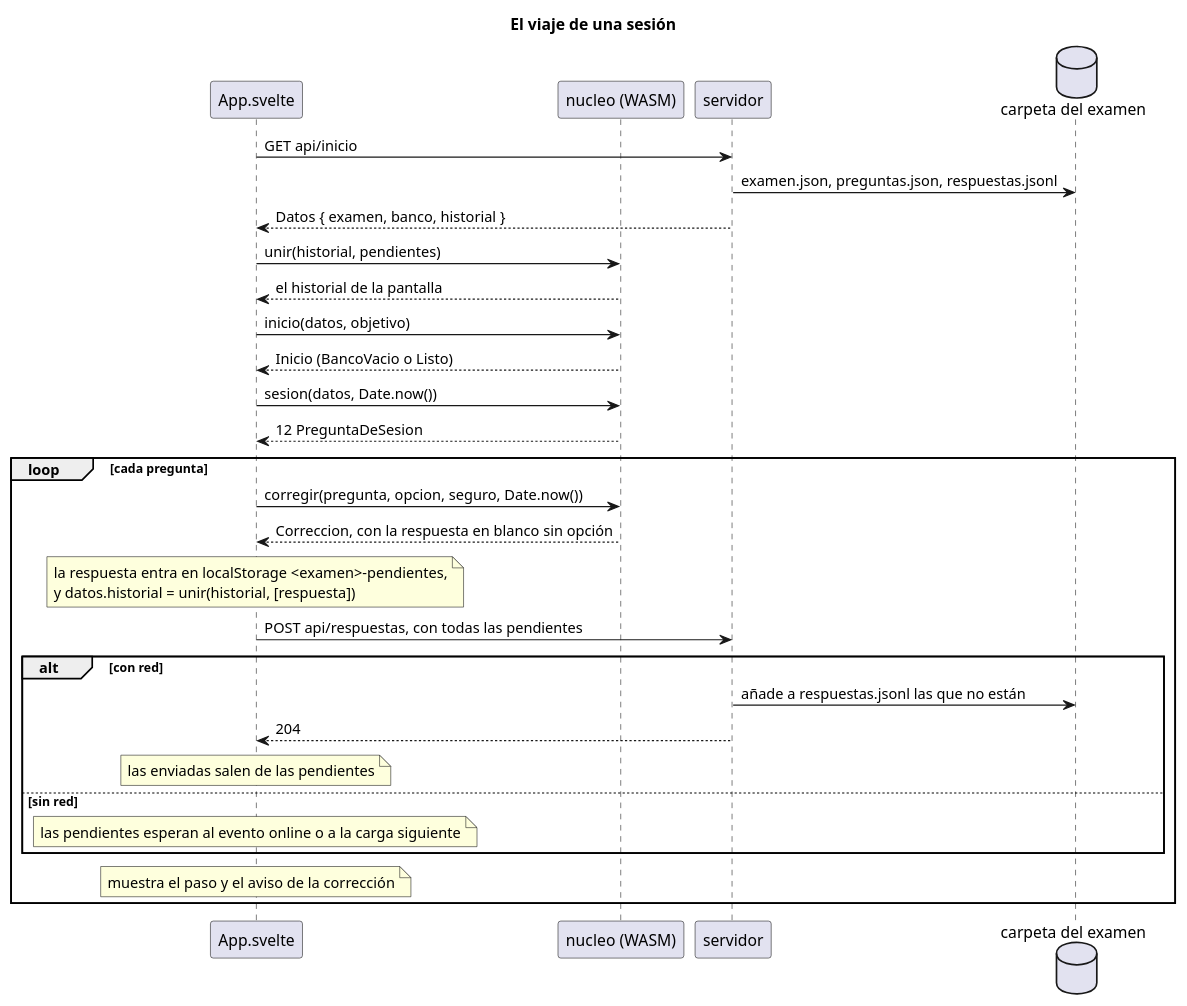
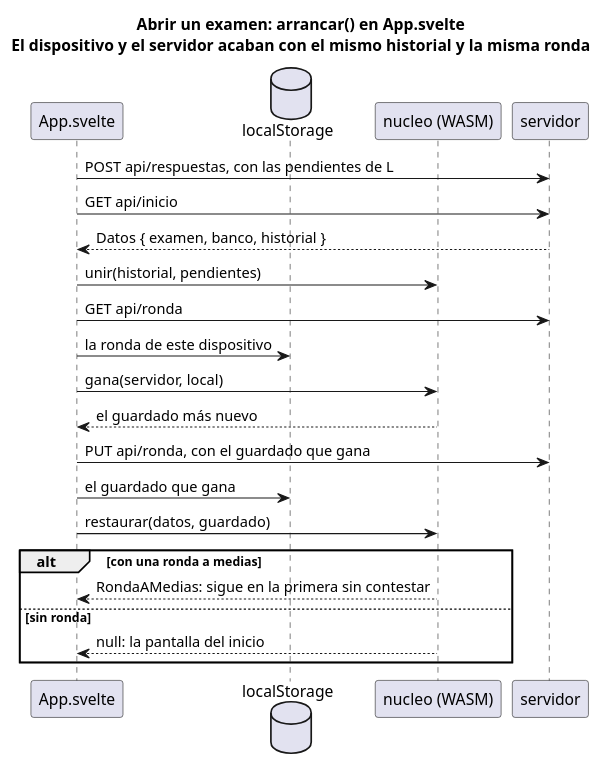
The seventh of 8 diagrams in docs/el-diagrama.puml (jfdg01/examenes), drawn with PlantUML before and after one commit. The commit also changed other lines of this file, not shown here.

First line of the commit message:
chore: el diagrama sigue el modelo C4

```diff
--- a/docs/el-diagrama.puml
+++ b/docs/el-diagrama.puml
@@ -455,35 +200,26 @@
-@startuml el-viaje-de-una-sesion
+@startuml abrir-un-examen
 skinparam shadowing false
-title El viaje de una sesión
+title Abrir un examen: arrancar() en App.svelte\nEl dispositivo y el servidor acaban con el mismo historial y la misma ronda
 
 participant "App.svelte" as App
+database localStorage as L
 participant "nucleo (WASM)" as N
 participant servidor as S
-database "carpeta del examen" as C
 
+App -> S : POST api/respuestas, con las pendientes de L
 App -> S : GET api/inicio
-S -> C : examen.json, preguntas.json, respuestas.jsonl
 S --> App : Datos { examen, banco, historial }
 App -> N : unir(historial, pendientes)
-N --> App : el historial de la pantalla
-App -> N : inicio(datos, objetivo)
-N --> App : Inicio (BancoVacio o Listo)
-
-App -> N : sesion(datos, Date.now())
-N --> App : 12 PreguntaDeSesion
-
-loop cada pregunta
-  App -> N : corregir(pregunta, opcion, seguro, Date.now())
-  N --> App : Correccion, con la respuesta en blanco sin opción
-  note over App : la respuesta entra en localStorage <examen>-pendientes,\ny datos.historial = unir(historial, [respuesta])
-  App -> S : POST api/respuestas, con todas las pendientes
-  alt con red
-    S -> C : añade a respuestas.jsonl las que no están
-    S --> App : 204
-    note over App : las enviadas salen de las pendientes
-  else sin red
-    note over App : las pendientes esperan al evento online o a la carga siguiente
-  end
-  note over App : muestra el paso y el aviso de la corrección
+App -> S : GET api/ronda
+App -> L : la ronda de este dispositivo
+App -> N : gana(servidor, local)
+N --> App : el guardado más nuevo
+App -> S : PUT api/ronda, con el guardado que gana
+App -> L : el guardado que gana
+App -> N : restaurar(datos, guardado)
+alt con una ronda a medias
+  N --> App : RondaAMedias: sigue en la primera sin contestar
+else sin ronda
+  N --> App : null: la pantalla del inicio
 end
 @enduml
```
